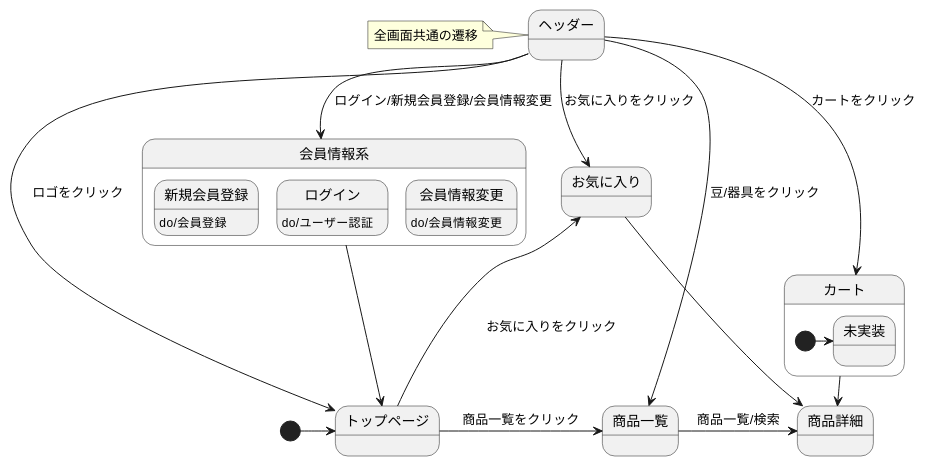
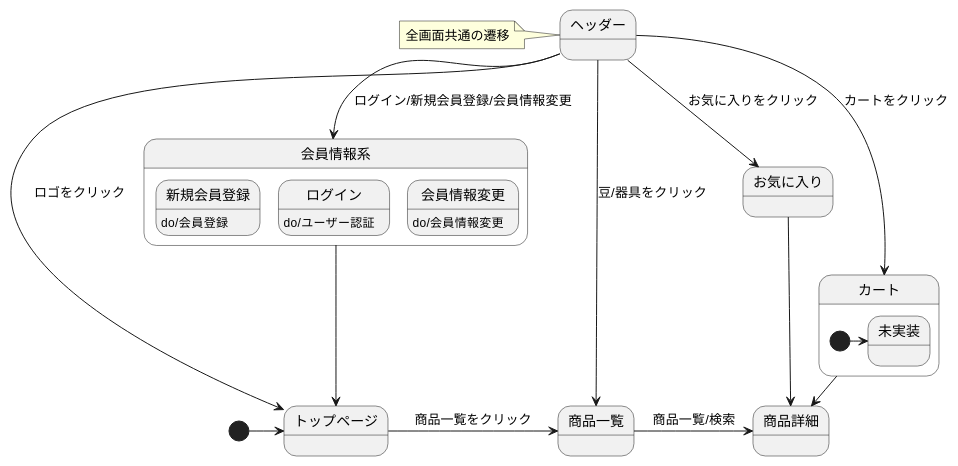
Before and after one commit to Aso2101122/coffeeEC: the diagram in 03_画面遷移図/stm_03.md, drawn with PlantUML.

````diff
--- a/03_画面遷移図/stm_03.md
+++ b/03_画面遷移図/stm_03.md
@@ -2,32 +2,31 @@
 ```uml
 @startuml
 [*]-right->トップページ
 トップページ-right->商品一覧: 商品一覧をクリック
 商品一覧->商品詳細: 商品一覧/検索
-トップページ--up>お気に入り: お気に入りをクリック
 お気に入り-down->商品詳細
 カート->商品詳細: 商品をクリック
 
 state ヘッダー{
 }
 note left of ヘッダー: 全画面共通の遷移
 
 
 ヘッダー-down->トップページ: ロゴをクリック
 ヘッダー-down->商品一覧: 豆/器具をクリック
 ヘッダー-down->会員情報系: ログイン/新規会員登録/会員情報変更
 ヘッダー-down->お気に入り: お気に入りをクリック
 ヘッダー-down->カート: カートをクリック
 
 state 会員情報系{
 新規会員登録 : do/会員登録
 ログイン : do/ユーザー認証
 会員情報変更 : do/会員情報変更
 }
 会員情報系-down->トップページ
 
 state カート{
 [*]-right->未実装
 }
 @enduml
 ```
````
